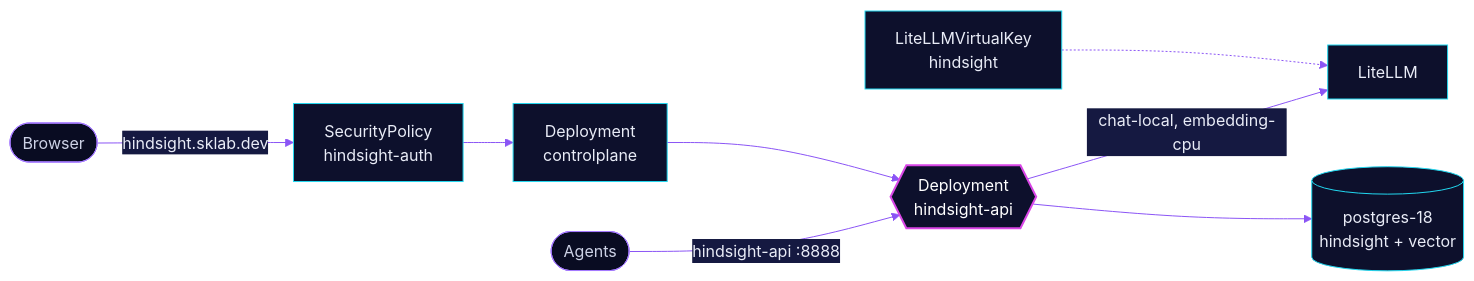
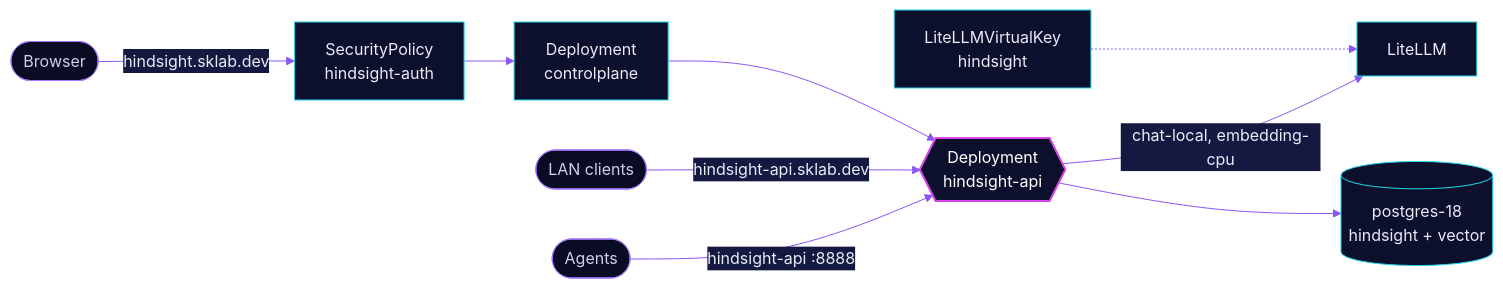
One commit to skrumbach/home-ops changed the diagram in kubernetes/apps/base/ai/hindsight/README.md. Above: the diagram before and after it, drawn with Mermaid. The commit also changed other lines of this file and 12 other files, not shown here.

First line of the commit message:
feat(ai): open Hindsight to clients (LAN API route, ingress fences, OpenCode plugin)

````diff
--- a/kubernetes/apps/base/ai/hindsight/README.md
+++ b/kubernetes/apps/base/ai/hindsight/README.md
@@ -38,14 +42,15 @@
 ```mermaid
 %%{init: {'theme':'base','themeVariables':{'primaryColor':'#0D102C','primaryTextColor':'#E9ECF7','primaryBorderColor':'#22D8F0','lineColor':'#8B55F5','secondaryColor':'#151941','tertiaryColor':'#090C22','edgeLabelBackground':'#151941'}}}%%
 flowchart LR
   agent(["Agents"]) -->|"hindsight-api :8888"| api{{"Deployment<br/>hindsight-api"}}
+  dev(["LAN clients"]) -->|"hindsight-api.sklab.dev"| api
   user(["Browser"]) -->|"hindsight.sklab.dev"| pol["SecurityPolicy<br/>hindsight-auth"] --> cp["Deployment<br/>controlplane"]
   cp --> api
   api -->|"chat-local, embedding-cpu"| llm["LiteLLM"]
   api --> db[("postgres-18<br/>hindsight + vector")]
   key["LiteLLMVirtualKey<br/>hindsight"] -.-> llm
   classDef accent fill:#0D102C,stroke:#D946E6,stroke-width:2px,color:#FFFFFF
   classDef ext fill:#090C22,stroke:#A57BFF,color:#CDD2E6
   class api accent
-  class agent,user ext
+  class agent,user,dev ext
 ```
````
